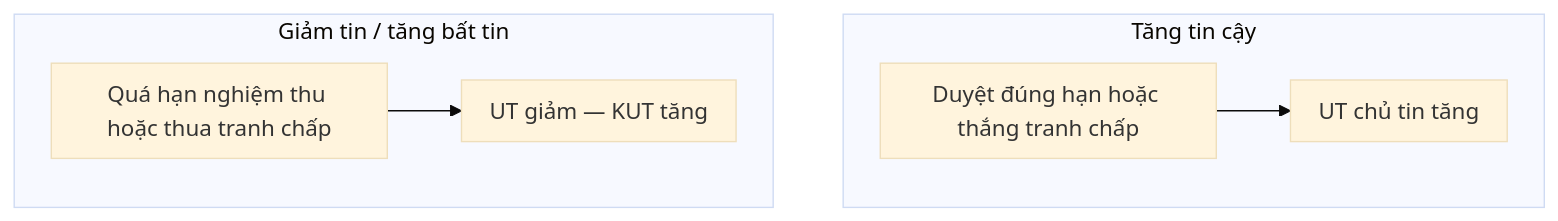
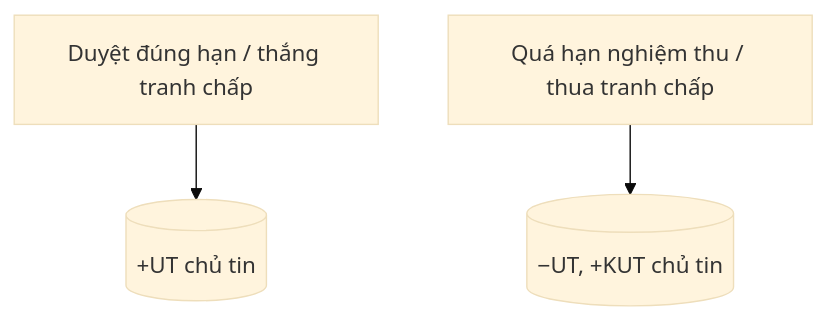
One commit to dmt041104111003/docs-nckh changed the sixth of 6 diagrams in poster.md. Above: the diagram before and after it, drawn with Mermaid (base theme). The commit also changed other lines of this file and 7 other files, not shown here.

````diff
--- a/poster.md
+++ b/poster.md
@@ -132,10 +125,5 @@
 ```mermaid
-%%{init: {"flowchart": {"curve": "linear", "padding": 10, "rankSpacing": 28}}}%%
-flowchart TB
-  subgraph cong[Tăng tin cậy]
-    A[Duyệt đúng hạn hoặc thắng tranh chấp] --> B[UT chủ tin tăng]
-  end
-  subgraph tru[Giảm tin / tăng bất tin]
-    C[Quá hạn nghiệm thu hoặc thua tranh chấp] --> D[UT giảm — KUT tăng]
-  end
+flowchart TD
+  A[Duyệt đúng hạn / thắng tranh chấp] --> B[(+UT chủ tin)]
+  C[Quá hạn nghiệm thu / thua tranh chấp] --> D[(−UT, +KUT chủ tin)]
 ```
````
